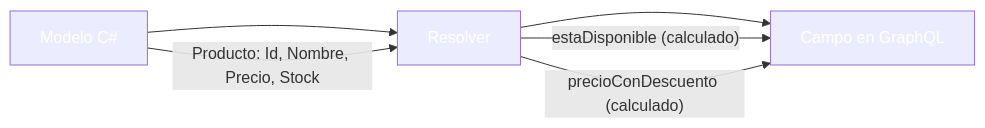
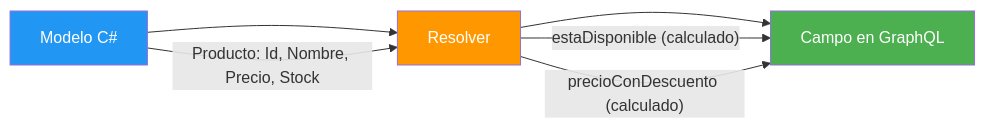
The fifth of 10 diagrams in 19-graphql.md (joseluisgs/DesarrolloWebEntornosServidor-02-2026-2027), drawn with Mermaid before and after one commit. The commit also changed other lines of this file and 29 other files, not shown here.

Commit message:
docs: corregir estilos Mermaid y estilo, quitar referencias a la Tienda y reestructurar los retos 13 y 15

````diff
--- a/19-graphql.md
+++ b/19-graphql.md
@@ -338,13 +338,13 @@
 ```mermaid
 graph LR
     M["Modelo C#"] --> R["Resolver"]
     R --> G["Campo en GraphQL"]
 
     M -->|"Producto: Id, Nombre, Precio, Stock"| R
     R -->|"estaDisponible (calculado)"| G
     R -->|"precioConDescuento (calculado)"| G
 
-    style M fill:#2196F,color:#fff3,color:#fff
-    style R fill:#FF980,color:#fff0,color:#fff
-    style G fill:#4CAF5,color:#fff0,color:#fff
+    style M fill:#2196F3,color:#fff
+    style R fill:#FF9800,color:#fff
+    style G fill:#4CAF50,color:#fff
 ```
````
